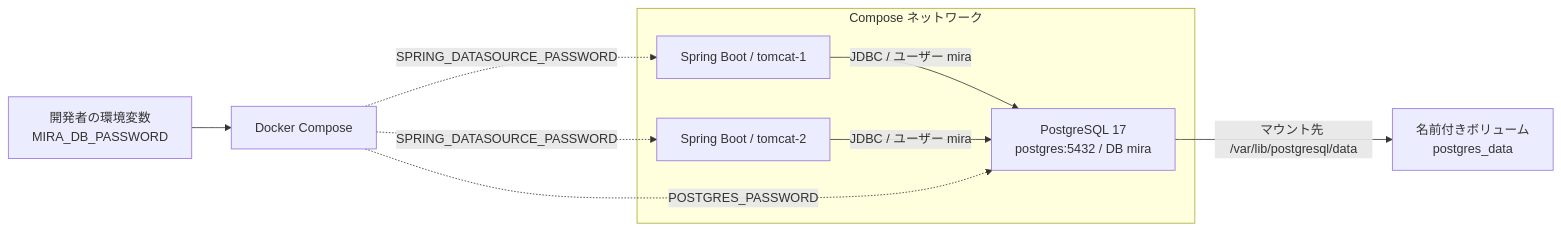
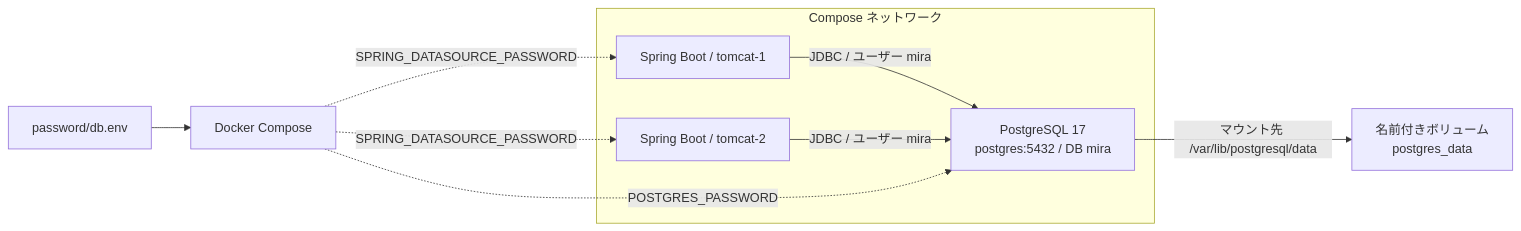
One commit to hirokikw/mira changed the third of 7 diagrams in docker/README.md. Above: the diagram before and after it, drawn with Mermaid. The commit also changed other lines of this file and 134 other files, not shown here.

````diff
--- a/docker/README.md
+++ b/docker/README.md
@@ -120,13 +120,13 @@
 ```mermaid
 flowchart LR
-    env["開発者の環境変数<br/>MIRA_DB_PASSWORD"] --> compose["Docker Compose"]
+    env["password/db.env"] --> compose["Docker Compose"]
     subgraph network["Compose ネットワーク"]
         app1["Spring Boot / tomcat-1"] -->|"JDBC / ユーザー mira"| db["PostgreSQL 17<br/>postgres:5432 / DB mira"]
         app2["Spring Boot / tomcat-2"] -->|"JDBC / ユーザー mira"| db
     end
 
     compose -.->|"SPRING_DATASOURCE_PASSWORD"| app1
     compose -.->|"SPRING_DATASOURCE_PASSWORD"| app2
     compose -.->|"POSTGRES_PASSWORD"| db
     db -->|"マウント先 /var/lib/postgresql/data"| volume["名前付きボリューム<br/>postgres_data"]
 ```
````
